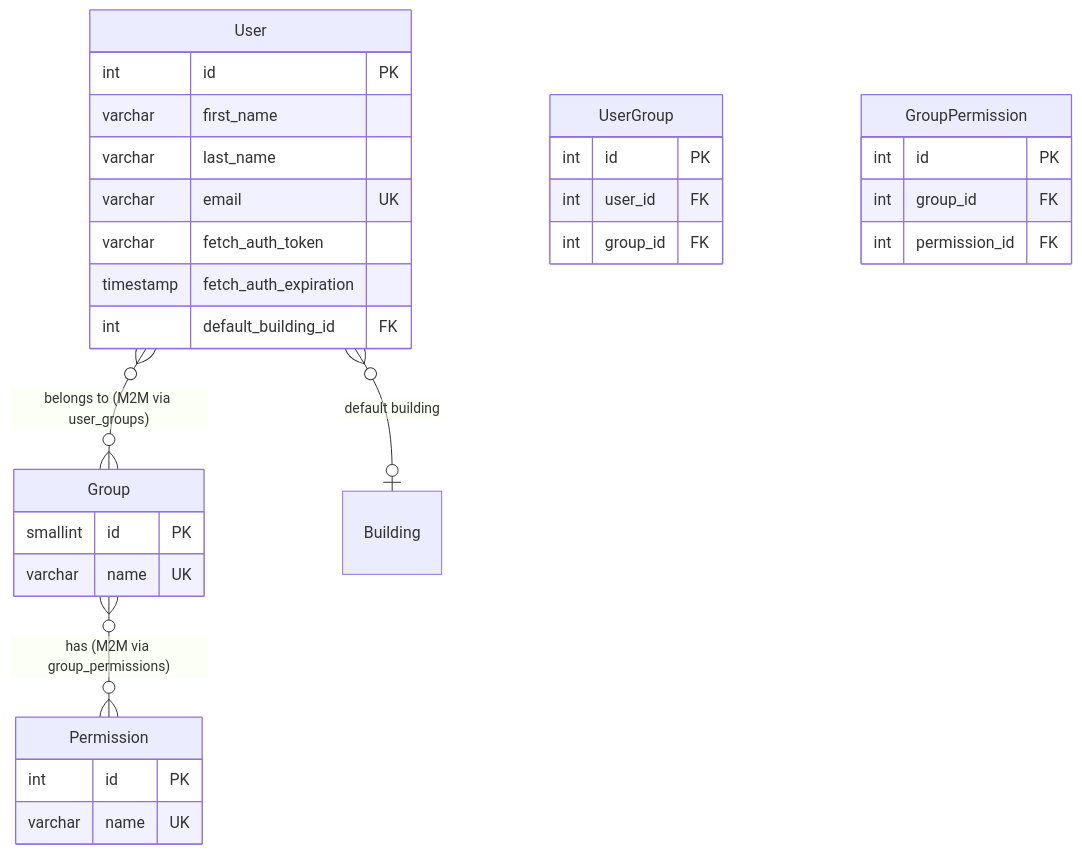
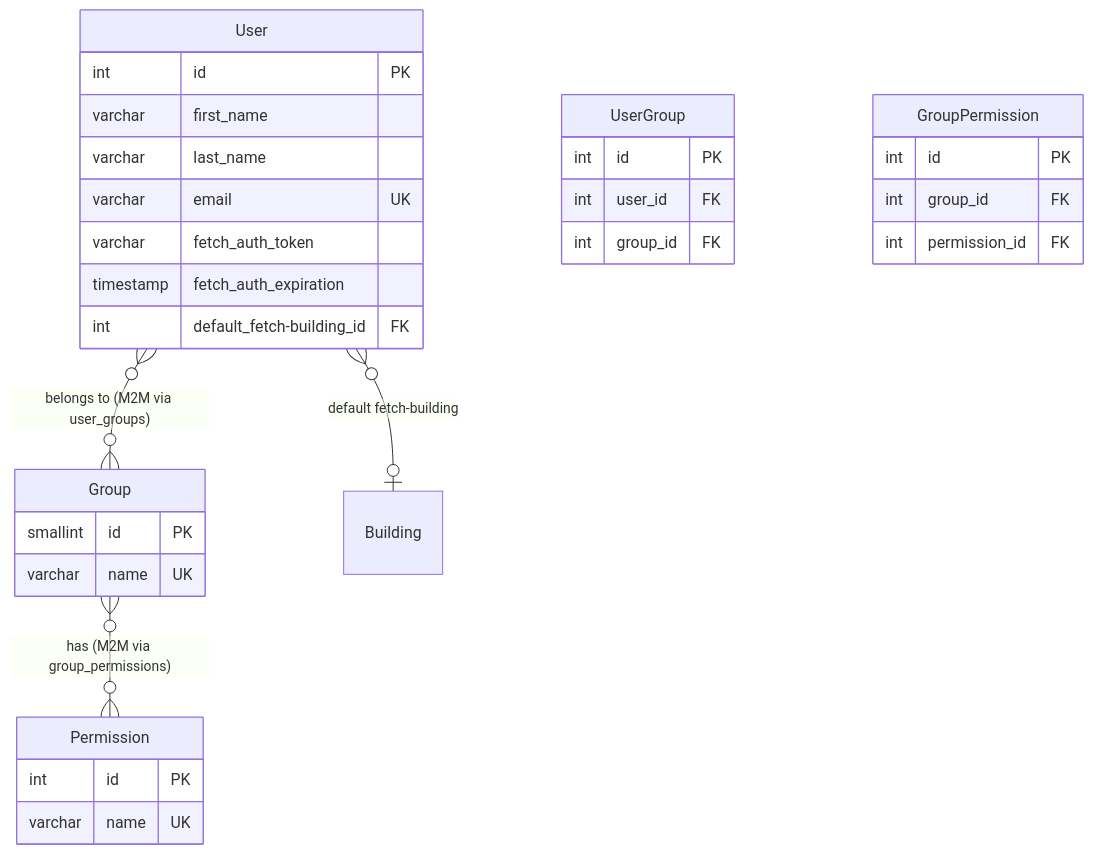
One commit to martymar3200/FETCH2 changed the eighth of 11 diagrams in ARCHITECTURE.md. Above: the diagram before and after it, drawn with Mermaid. The commit also changed other lines of this file and 963 other files, not shown here.

````diff
--- a/ARCHITECTURE.md
+++ b/ARCHITECTURE.md
@@ -698,34 +698,34 @@
 ```mermaid
 erDiagram
     User }o--o{ Group : "belongs to (M2M via user_groups)"
     Group }o--o{ Permission : "has (M2M via group_permissions)"
-    User }o--o| Building : "default building"
+    User }o--o| Building : "default fetch-building"
 
     User {
         int id PK
         varchar first_name
         varchar last_name
         varchar email UK
         varchar fetch_auth_token
         timestamp fetch_auth_expiration
-        int default_building_id FK
+        int default_fetch-building_id FK
     }
     Group {
         smallint id PK
         varchar name UK
     }
     Permission {
         int id PK
         varchar name UK
     }
     UserGroup {
         int id PK
         int user_id FK
         int group_id FK
     }
     GroupPermission {
         int id PK
         int group_id FK
         int permission_id FK
     }
 ```
````
